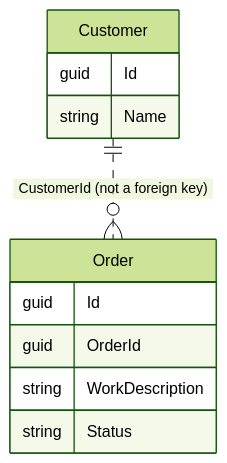
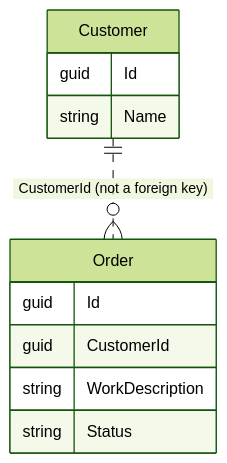
One commit to bj0594/TailorManager changed the second of 5 diagrams in Documentation/Specification.md. Above: the diagram before and after it, drawn with Mermaid (forest theme). The commit also changed other lines of this file, not shown here.

```diff
--- a/Documentation/Specification.md
+++ b/Documentation/Specification.md
@@ -175,14 +176,14 @@
 ~~~mermaid
 erDiagram
     Customer ||..o{ Order : "CustomerId (not a foreign key)"
     Customer {
         guid Id
         string Name
     }
     Order {
         guid Id
-        guid OrderId
+        guid CustomerId
         string WorkDescription
         string Status
     }
 ~~~
```
